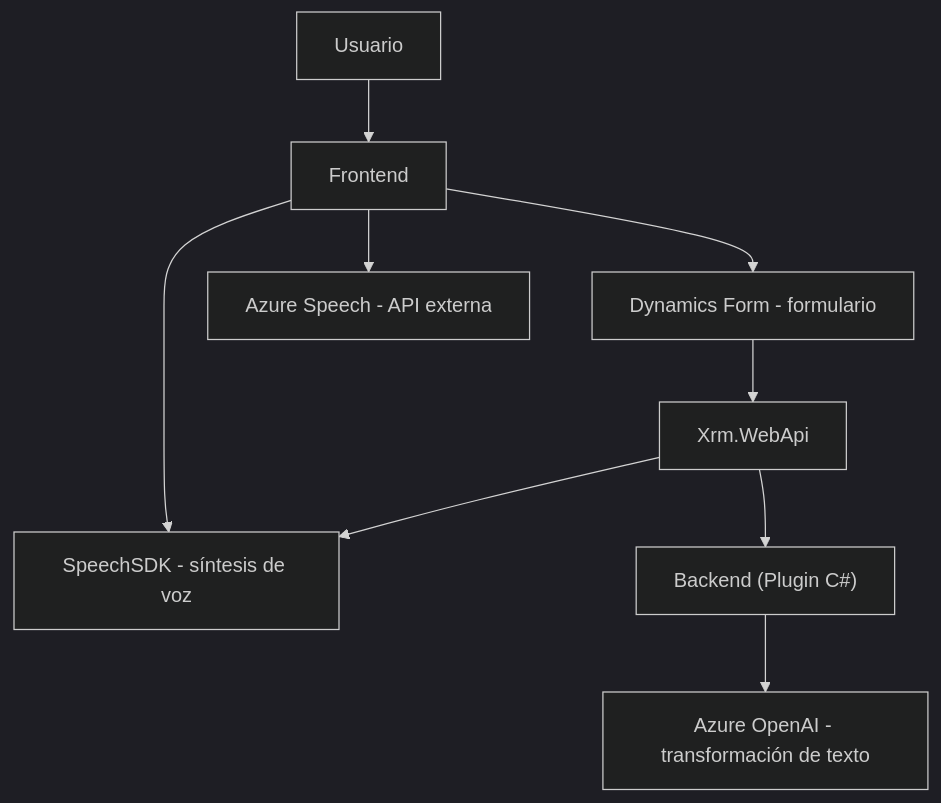
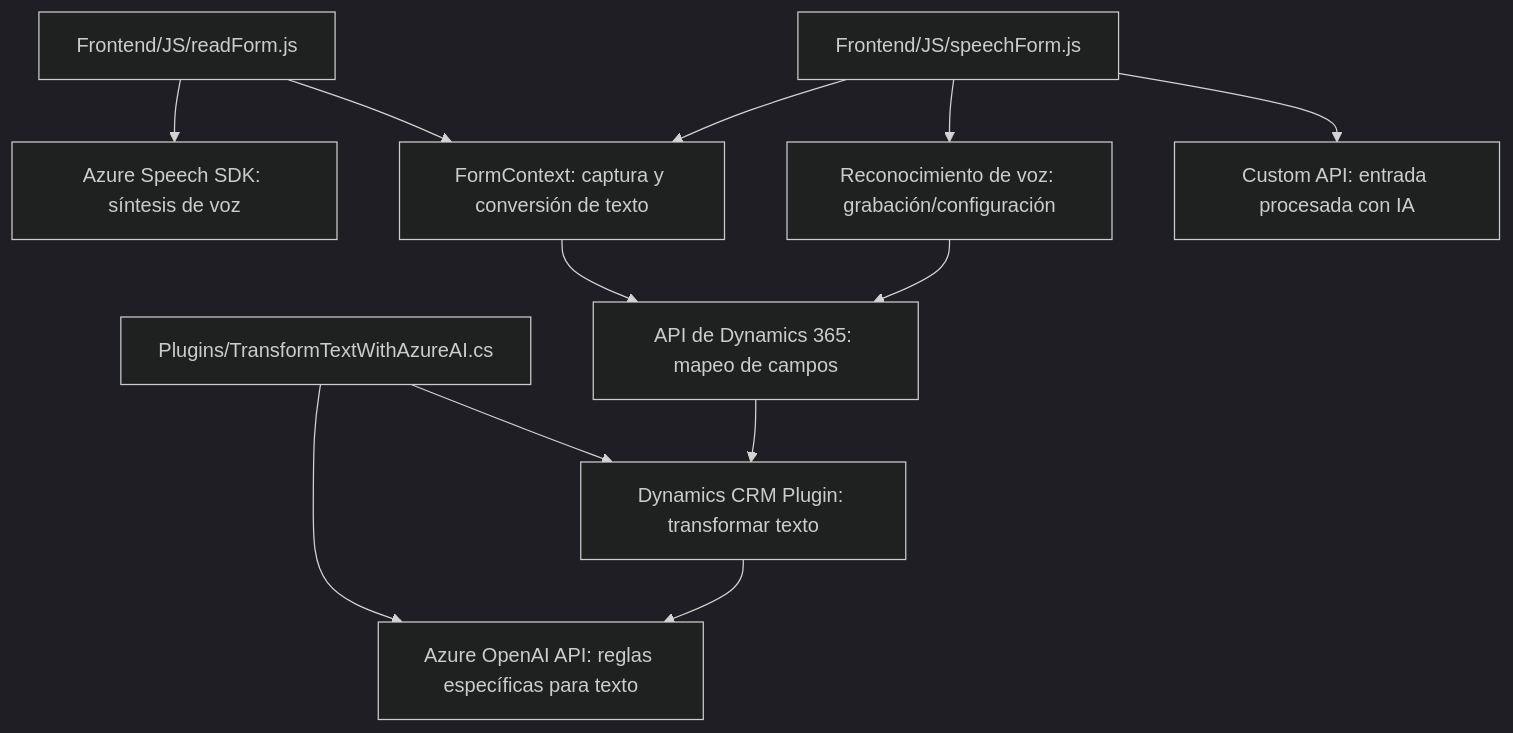
One commit to blopezdm/NETCORE_BILBAO2025 changed the diagram in README.md. Above: the diagram before and after it, drawn with Mermaid (dark theme). The commit also changed other lines of this file, not shown here.

Commit message:
Actualizar análisis global de la solución con IA

````diff
--- a/README.md
+++ b/README.md
@@ -66,11 +33,14 @@
 ```mermaid
 graph TD
-  A["Usuario"] --> B["Frontend"]
-  B --> C["SpeechSDK - síntesis de voz"]
-  B --> D["Dynamics Form - formulario"]
-  B --> E["Azure Speech - API externa"]
-  D --> F["Xrm.WebApi"]
-  F --> C
-  F --> J["Backend (Plugin C#)"]
-  J --> K["Azure OpenAI - transformación de texto"]
+    A["Frontend/JS/readForm.js"] --> B["Azure Speech SDK: síntesis de voz"]
+    A --> C["FormContext: captura y conversión de texto"]
+    C --> D["API de Dynamics 365: mapeo de campos"]
+    E["Frontend/JS/speechForm.js"] --> C
+    E --> F["Reconocimiento de voz: grabación/configuración"]
+    F --> D
+    E --> G["Custom API: entrada procesada con IA"]
+    H["Plugins/TransformTextWithAzureAI.cs"] --> I["Dynamics CRM Plugin: transformar texto"]
+    H --> J["Azure OpenAI API: reglas específicas para texto"]
+    D --> I
+    I --> J
 ```
````
